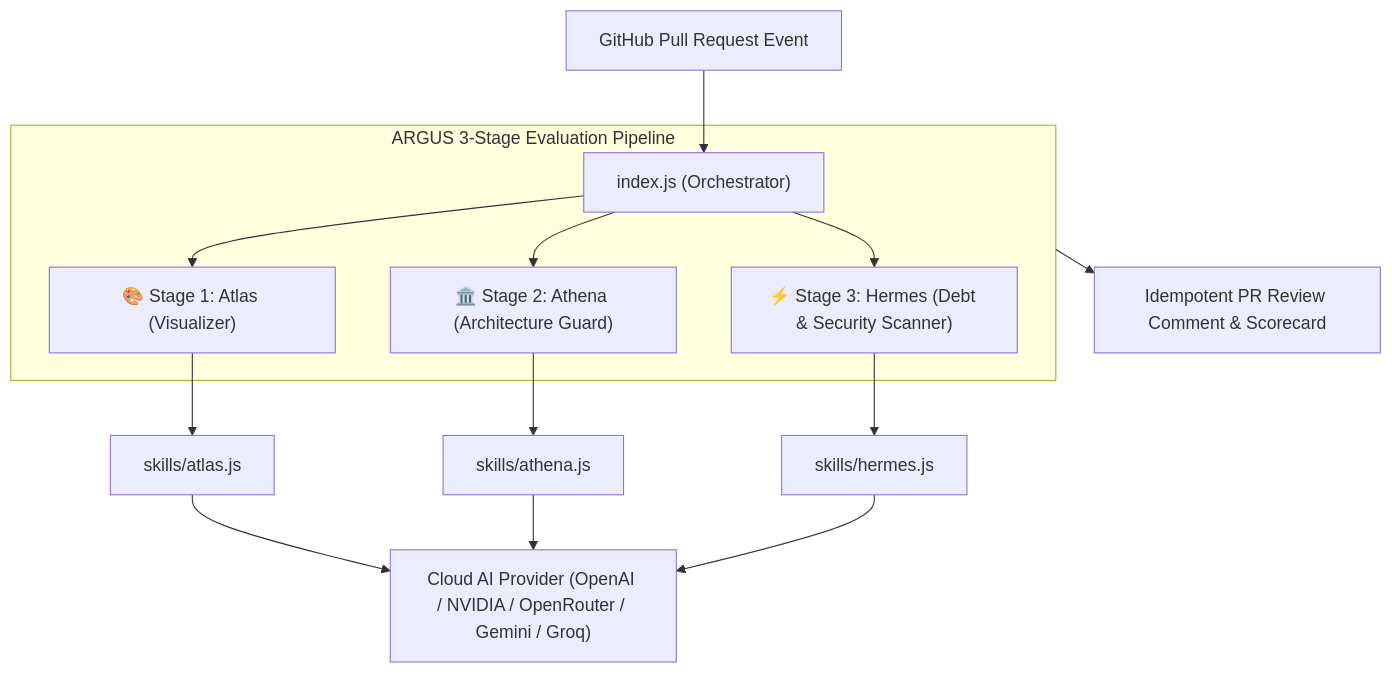
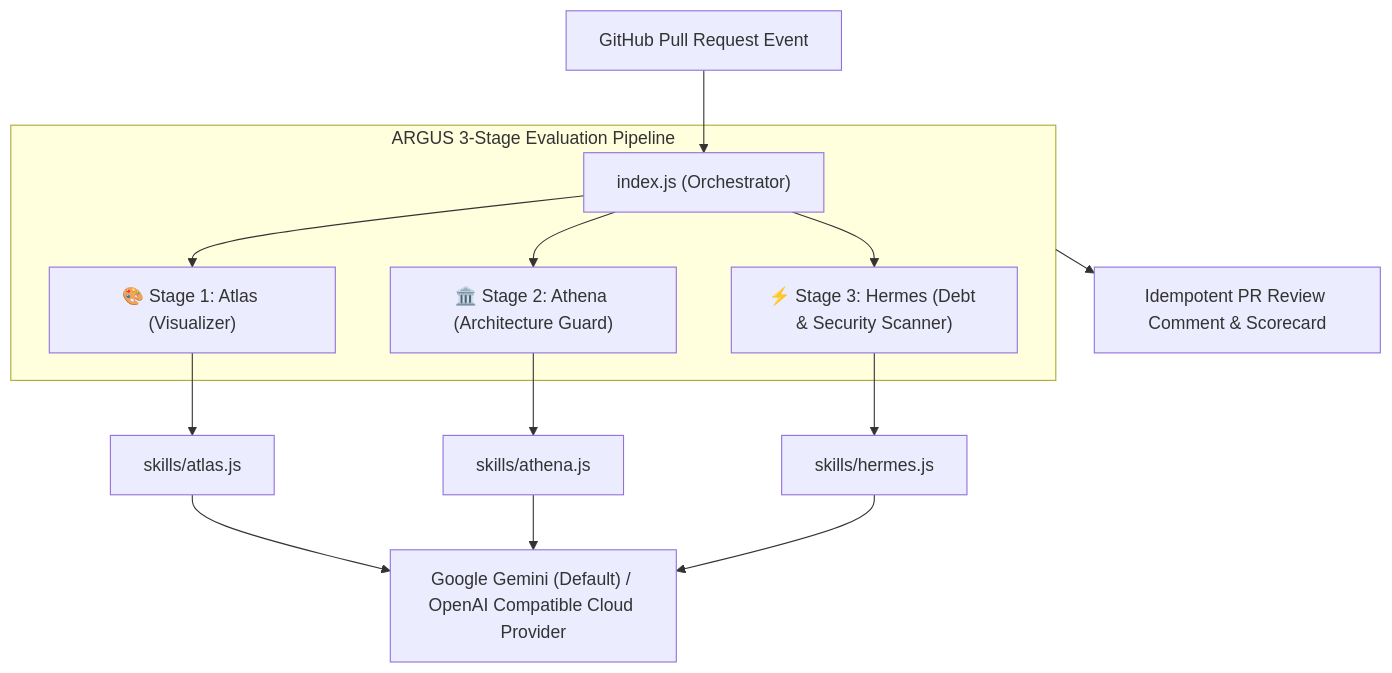
One commit to Crystal-Studio-Labs/Argus changed the diagram in README.md. Above: the diagram before and after it, drawn with Mermaid. The commit also changed other lines of this file and 3 other files, not shown here.

Commit message:
docs: add Greek mythology codebase origins and side-by-side Gemini vs OpenAI workflow examples

````diff
--- a/README.md
+++ b/README.md
@@ -15,17 +26,17 @@
 ```mermaid
 flowchart TD
     PR["GitHub Pull Request Event"] --> Index["index.js (Orchestrator)"]
     
     subgraph Pipeline ["ARGUS 3-Stage Evaluation Pipeline"]
         Index --> Stage1["🎨 Stage 1: Atlas (Visualizer)"]
         Index --> Stage2["🏛️ Stage 2: Athena (Architecture Guard)"]
         Index --> Stage3["⚡ Stage 3: Hermes (Debt & Security Scanner)"]
     end
     
     Stage1 --> Skills["skills/atlas.js"]
     Stage2 --> Skills2["skills/athena.js"]
     Stage3 --> Skills3["skills/hermes.js"]
     
-    Skills & Skills2 & Skills3 --> LLM["Cloud AI Provider (OpenAI / NVIDIA / OpenRouter / Gemini / Groq)"]
+    Skills & Skills2 & Skills3 --> LLM["Google Gemini (Default) / OpenAI Compatible Cloud Provider"]
     Pipeline --> Scorecard["Idempotent PR Review Comment & Scorecard"]
 ```
````
